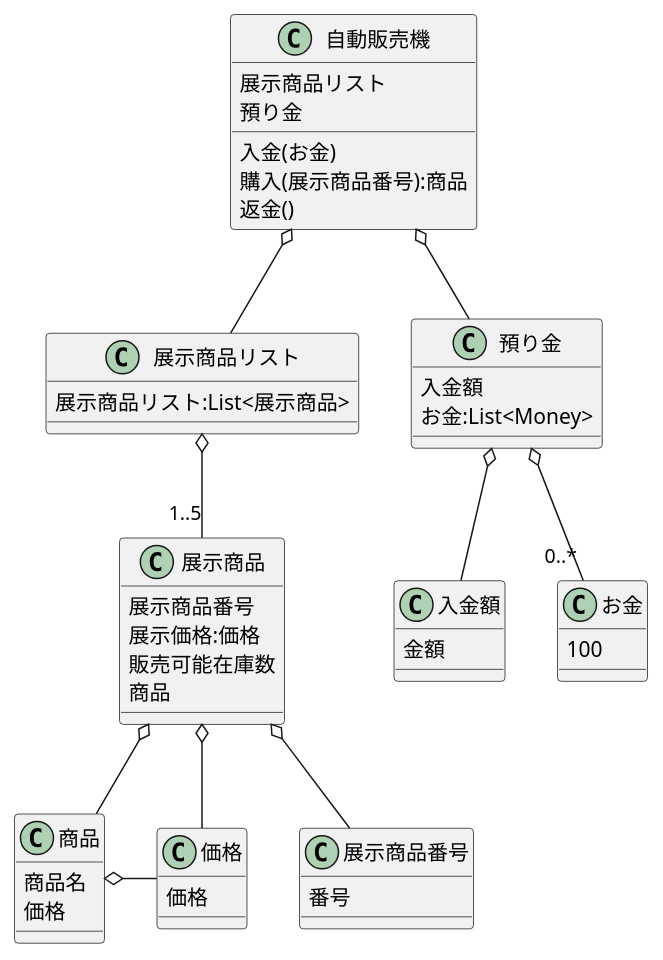
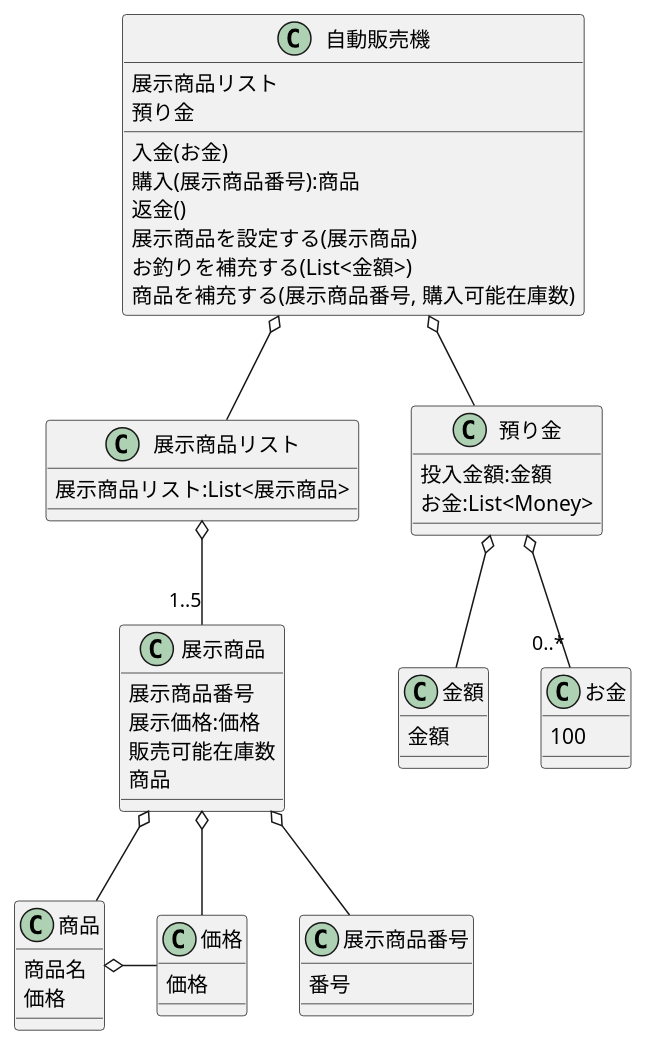
Before and after one commit to TakashiOnawa/ModelingPractice-VendingMachine: the diagram in modeling/DomainModel.md, drawn with PlantUML. The commit also changed 8 other files, not shown here.

````diff
--- a/modeling/DomainModel.md
+++ b/modeling/DomainModel.md
@@ -1,67 +1,70 @@
 ```puml
 @startuml
 class 自動販売機
 {
     展示商品リスト
     預り金
     入金(お金)
     購入(展示商品番号):商品
     返金()
+    展示商品を設定する(展示商品)
+    お釣りを補充する(List<金額>)
+    商品を補充する(展示商品番号, 購入可能在庫数)
 }
 
 class 展示商品リスト
 {
     展示商品リスト:List<展示商品>
 }
 
 class 展示商品
 {
     展示商品番号
     展示価格:価格
     販売可能在庫数
     商品
 }
 
 class 展示商品番号
 {
     番号
 }
 
 class 商品
 {
     商品名
     価格
 }
 
 class 預り金
 {
-    入金額
+    投入金額:金額
     お金:List<Money>
 }
 
-class 入金額
+class 金額
 {
     金額
 }
 
 class お金
 {
     100
 }
 
 class 価格
 {
     価格
 }
 
 自動販売機 o-- 展示商品リスト
 自動販売機 o-- 預り金
 展示商品リスト o-- "1..5" 展示商品
 展示商品 o-- 展示商品番号
 展示商品 o-- 価格
 展示商品 o-- 商品
 預り金 o-- "0..*" お金
-預り金 o-- 入金額
+預り金 o-- 金額
 商品 o- 価格
 @enduml
 ```
````
